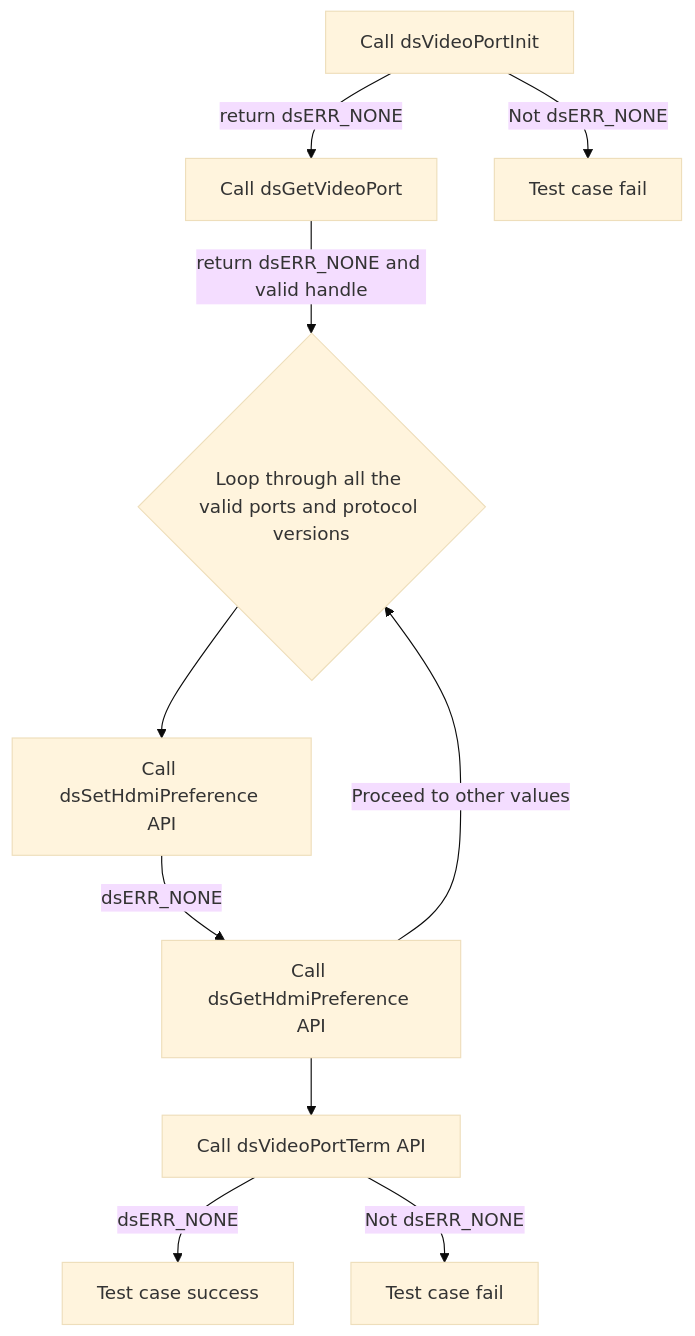
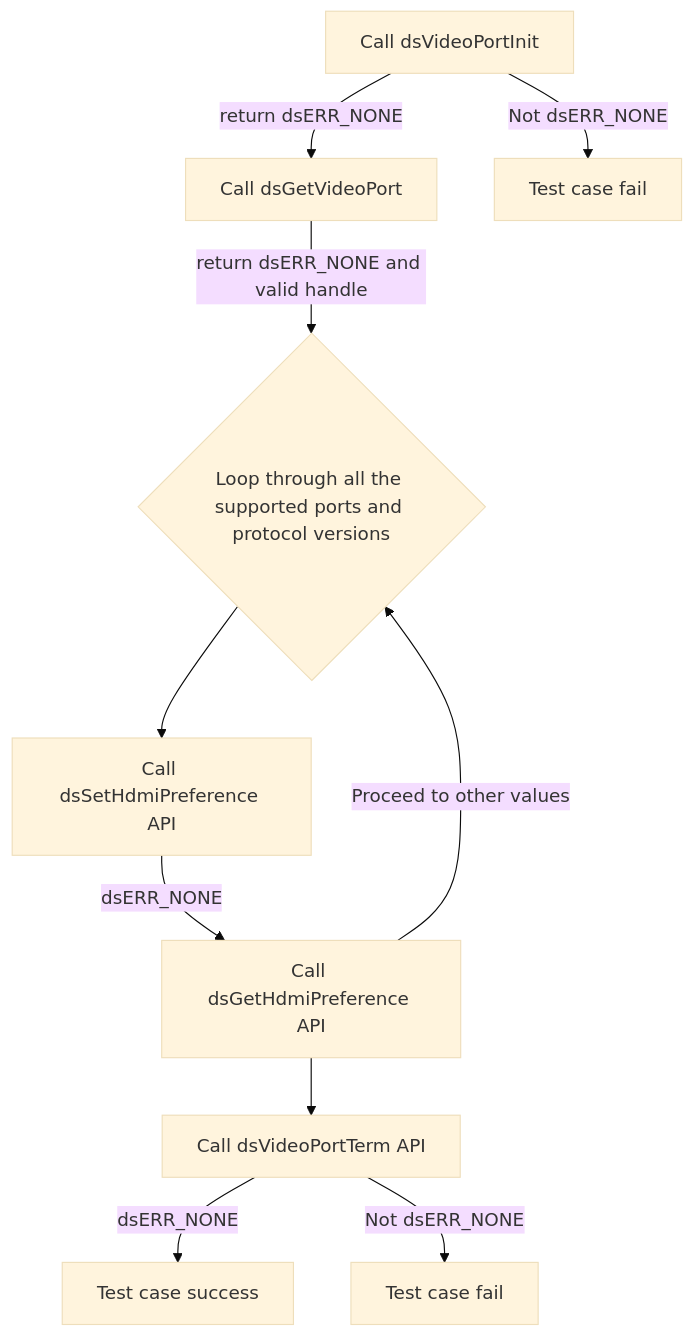
Before and after one commit to rdkcentral/rdk-halif-test-device_settings: the ninth of 21 diagrams in docs/pages/ds-video-port_L2_Low-Level_TestSpecification.md, drawn with Mermaid (base theme). The commit also changed other lines of this file and 15 other files, not shown here.

````diff
--- a/docs/pages/ds-video-port_L2_Low-Level_TestSpecification.md
+++ b/docs/pages/ds-video-port_L2_Low-Level_TestSpecification.md
@@ -776,10 +408,10 @@
 ```mermaid
 graph TB
-    A[Call dsVideoPortInit] -->|return dsERR_NONE| B[Call dsGetVideoPort] -->|return dsERR_NONE and valid handle| P{Loop through all the valid ports and protocol versions}
+    A[Call dsVideoPortInit] -->|return dsERR_NONE| B[Call dsGetVideoPort] -->|return dsERR_NONE and valid handle| P{Loop through all the supported ports and <br>protocol versions}
     A -->|Not dsERR_NONE| C[Test case fail]
     P --> D[Call dsSetHdmiPreference API]
     D -->|dsERR_NONE| F[Call dsGetHdmiPreference API] --> |Proceed to other values| P
     F --> J[Call dsVideoPortTerm API]
     J -->|dsERR_NONE| K[Test case success]
     J -->|Not dsERR_NONE| L[Test case fail]
 ```
````
